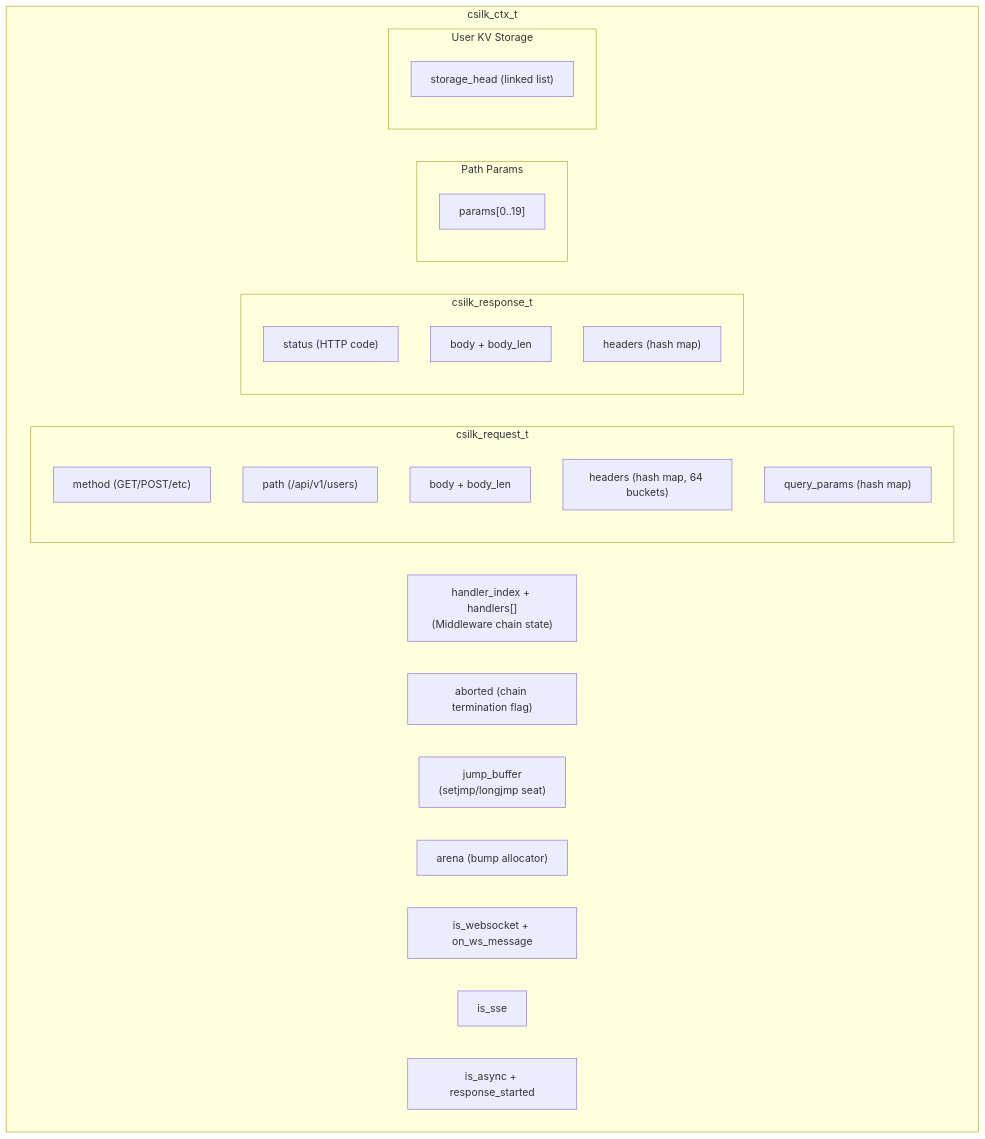
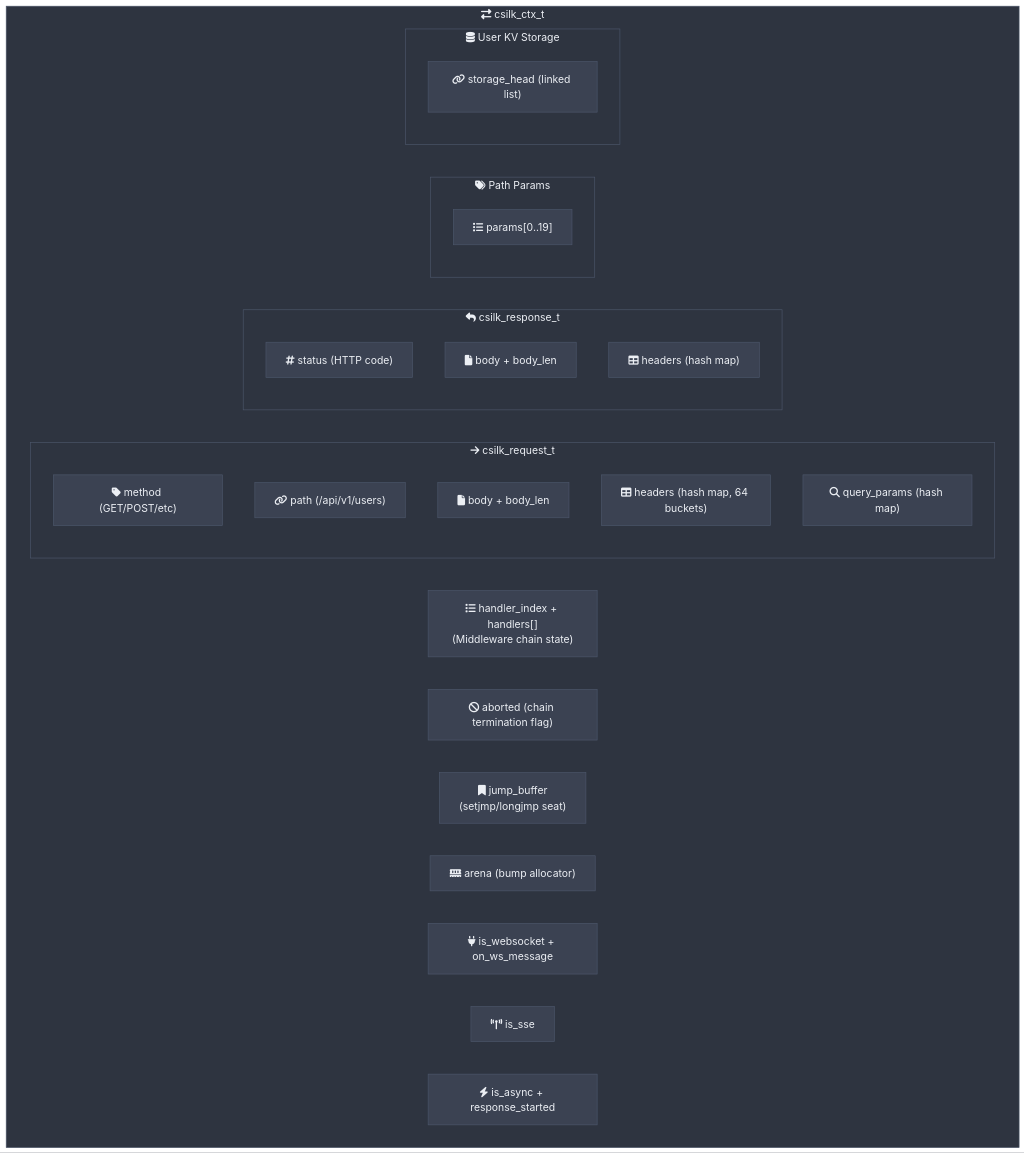
One commit to quintin-lee/csilk changed the first of 5 diagrams in docs/module-design/context.md. Above: the diagram before and after it, drawn with Mermaid. The commit also changed other lines of this file and 30 other files, not shown here.

Commit message:
docs(docs): 📝 apply Nord Mermaid theme, RFC 2119 keywords, and quantified metrics to all docs

````diff
--- a/docs/module-design/context.md
+++ b/docs/module-design/context.md
@@ -7,35 +7,57 @@
 ```mermaid
+%%{init: {
+  'theme': 'base',
+  'themeVariables': {
+    'background': '#2E3440',
+    'primaryColor': '#81A1C1',
+    'primaryBorderColor': '#4C566A',
+    'primaryTextColor': '#ECEFF4',
+    'secondaryColor': '#3B4252',
+    'secondaryBorderColor': '#434C5E',
+    'secondaryTextColor': '#D8DEE9',
+    'lineColor': '#81A1C1',
+    'textColor': '#ECEFF4',
+    'mainBkg': '#3B4252',
+    'nodeBorder': '#4C566A',
+    'clusterBkg': '#2E3440',
+    'clusterBorder': '#4C566A',
+    'titleColor': '#ECEFF4',
+    'edgeLabelBackground': '#3B4252',
+    'nodeTextColor': '#ECEFF4'
+  },
+  'flowchart': {'htmlLabels': true, 'curve': 'basis'}
+}}%%
 graph TB
-    subgraph "csilk_ctx_t"
-        HW["handler_index + handlers[]\n(Middleware chain state)"]
-        AB["aborted (chain termination flag)"]
-        JB["jump_buffer\n(setjmp/longjmp seat)"]
+    subgraph ctx_t["fa:fa-exchange-alt csilk_ctx_t"]
+        HW["fa:fa-list handler_index + handlers[]<br/>(Middleware chain state)"]
+        AB["fa:fa-ban aborted (chain termination flag)"]
+        JB["fa:fa-bookmark jump_buffer<br/>(setjmp/longjmp seat)"]
 
-        subgraph Request["csilk_request_t"]
-            RM["method (GET/POST/etc)"]
-            RP["path (/api/v1/users)"]
-            RB["body + body_len"]
-            RH["headers (hash map, 64 buckets)"]
-            RQ["query_params (hash map)"]
+        subgraph Request["fa:fa-arrow-right csilk_request_t"]
+            RM["fa:fa-tag method (GET/POST/etc)"]
+            RP["fa:fa-link path (/api/v1/users)"]
+            RB["fa:fa-file body + body_len"]
+            RH["fa:fa-table headers (hash map, 64 buckets)"]
+            RQ["fa:fa-search query_params (hash map)"]
         end
 
-        subgraph Response["csilk_response_t"]
-            RS["status (HTTP code)"]
-            RBODY["body + body_len"]
-            RH2["headers (hash map)"]
+        subgraph Response["fa:fa-reply csilk_response_t"]
+            RS["fa:fa-hashtag status (HTTP code)"]
+            RBODY["fa:fa-file body + body_len"]
+            RH2["fa:fa-table headers (hash map)"]
         end
 
-        subgraph Params["Path Params"]
-            P1["params[0..19]"]
+        subgraph Params["fa:fa-tags Path Params"]
+            P1["fa:fa-list params[0..19]"]
         end
 
-        subgraph Storage["User KV Storage"]
-            ST["storage_head (linked list)"]
+        subgraph Storage["fa:fa-database User KV Storage"]
+            ST["fa:fa-link storage_head (linked list)"]
         end
 
-        AR["arena (bump allocator)"]
-        WS["is_websocket + on_ws_message"]
-        SE["is_sse"]
-        AS["is_async + response_started"]
+        AR["fa:fa-memory arena (bump allocator)"]
+        WS["fa:fa-plug is_websocket + on_ws_message"]
+        SE["fa:fa-broadcast-tower is_sse"]
+        AS["fa:fa-bolt is_async + response_started"]
     end
 ```
````
